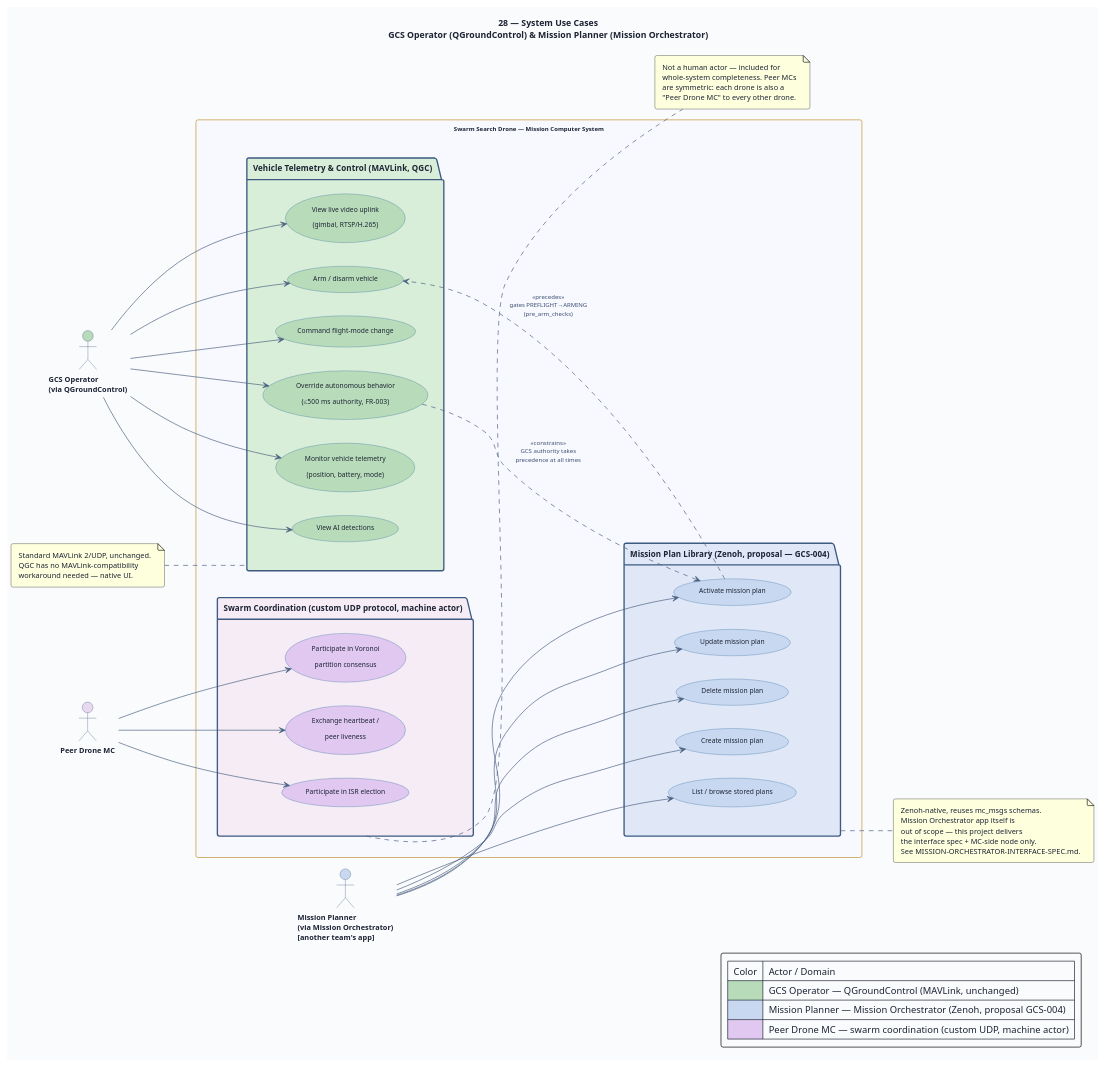
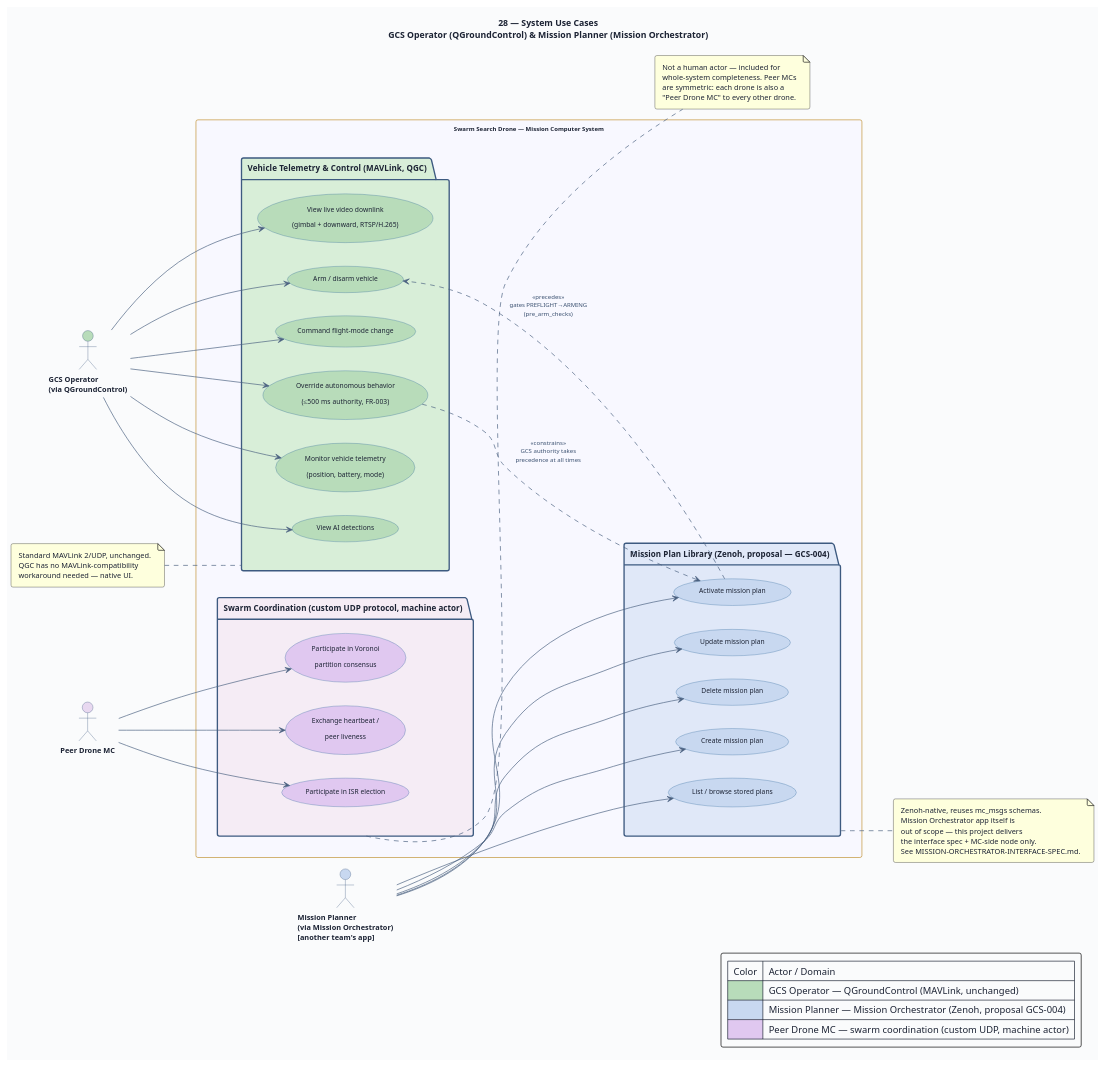
Before and after one commit to shawnsoh-stengg/shawnsoh-stengg-drone-swarm-mc-tempFork: the diagram in diagrams/28-system-use-cases.puml, drawn with PlantUML. The commit also changed 34 other files, not shown here.

```diff
--- a/diagrams/28-system-use-cases.puml
+++ b/diagrams/28-system-use-cases.puml
@@ -1,137 +1,137 @@
 @startuml 28-system-use-cases
 ' ─────────────────────────────────────────────────────────────
 ' Diagram 28: System Use Cases — Human Actors
 ' Swarm Search Drone — Mission Computer (AI MC)
 ' MC-SRS-001 · GCS-ZENOH-DESIGN-REVIEW.md · MISSION-ORCHESTRATOR-INTERFACE-SPEC.md
 ' ─────────────────────────────────────────────────────────────
 
 title "28 — System Use Cases\nGCS Operator (QGroundControl) & Mission Planner (Mission Orchestrator)"
 
 left to right direction
 
 skinparam BackgroundColor #FAFBFC
 skinparam DefaultFontColor #1C2334
 skinparam DefaultFontSize 11
 skinparam TitleFontSize 13
 skinparam TitleFontStyle bold
 skinparam ArrowColor #4A6080
 skinparam ArrowFontColor #3A5070
 skinparam ArrowFontSize 9
 skinparam RoundCorner 6
 skinparam Padding 5
 
 skinparam actor {
   BackgroundColor #E8F0FA
   BorderColor #3D5A80
   FontSize 11
   FontStyle bold
 }
 
 skinparam usecase {
   BackgroundColor #D8E8F8
   BorderColor #3A70A0
   FontSize 10
 }
 
 skinparam package {
   BackgroundColor #F4F8FF
   BorderColor #3D5A80
   BorderThickness 2
   FontSize 12
   FontStyle bold
 }
 
 skinparam rectangle {
   BackgroundColor #FFFAE8
   BorderColor #C09030
   FontSize 9
 }
 
 ' ═══════════════════════════════════════════════════
 ' ACTORS
 ' ═══════════════════════════════════════════════════
 actor "GCS Operator\n(via QGroundControl)" as OPERATOR #B8DCBA
 actor "Mission Planner\n(via Mission Orchestrator)\n[another team's app]" as PLANNER #C8D8F0
 actor "Peer Drone MC" as PEER #E8D8F0
 
 ' ═══════════════════════════════════════════════════
 ' SYSTEM BOUNDARY
 ' ═══════════════════════════════════════════════════
 rectangle "Swarm Search Drone — Mission Computer System" as SYSTEM #F8F8FF {
 
   package "Vehicle Telemetry & Control  (MAVLink, QGC)" as PKG_TELEM #D8EED8 {
     usecase "Monitor vehicle telemetry\n(position, battery, mode)" as UC_TELEM #B8DCBA
     usecase "View AI detections" as UC_DET #B8DCBA
-    usecase "View live video uplink\n(gimbal, RTSP/H.265)" as UC_VIDEO #B8DCBA
+    usecase "View live video downlink\n(gimbal + downward, RTSP/H.265)" as UC_VIDEO #B8DCBA
     usecase "Arm / disarm vehicle" as UC_ARM #B8DCBA
     usecase "Command flight-mode change" as UC_MODE #B8DCBA
     usecase "Override autonomous behavior\n(≤500 ms authority, FR-003)" as UC_OVERRIDE #B8DCBA
   }
 
   package "Mission Plan Library  (Zenoh, proposal — GCS-004)" as PKG_PLAN #E0E8F8 {
     usecase "Create mission plan" as UC_CREATE #C8D8F0
     usecase "List / browse stored plans" as UC_LIST #C8D8F0
     usecase "Update mission plan" as UC_UPDATE #C8D8F0
     usecase "Activate mission plan" as UC_ACTIVATE #C8D8F0
     usecase "Delete mission plan" as UC_DELETE #C8D8F0
   }
 
   package "Swarm Coordination  (custom UDP protocol, machine actor)" as PKG_SWARM #F5ECF5 {
     usecase "Exchange heartbeat /\npeer liveness" as UC_HB #E0C8F0
     usecase "Participate in ISR election" as UC_ISR #E0C8F0
     usecase "Participate in Voronoi\npartition consensus" as UC_VOR #E0C8F0
   }
 }
 
 ' ═══════════════════════════════════════════════════
 ' ASSOCIATIONS
 ' ═══════════════════════════════════════════════════
 OPERATOR --> UC_TELEM
 OPERATOR --> UC_DET
 OPERATOR --> UC_VIDEO
 OPERATOR --> UC_ARM
 OPERATOR --> UC_MODE
 OPERATOR --> UC_OVERRIDE
 
 PLANNER --> UC_CREATE
 PLANNER --> UC_LIST
 PLANNER --> UC_UPDATE
 PLANNER --> UC_ACTIVATE
 PLANNER --> UC_DELETE
 
 PEER --> UC_HB
 PEER --> UC_VOR
 PEER --> UC_ISR
 
 UC_ACTIVATE .down.> UC_ARM : "<<precedes>>\ngates PREFLIGHT→ARMING\n(pre_arm_checks)"
 UC_OVERRIDE .down.> UC_ACTIVATE : "<<constrains>>\nGCS authority takes\nprecedence at all times"
 
 note right of PKG_PLAN
   Zenoh-native, reuses mc_msgs schemas.
   Mission Orchestrator app itself is
   out of scope — this project delivers
   the interface spec + MC-side node only.
   See MISSION-ORCHESTRATOR-INTERFACE-SPEC.md.
 end note
 
 note right of PKG_SWARM
   Not a human actor — included for
   whole-system completeness. Peer MCs
   are symmetric: each drone is also a
   "Peer Drone MC" to every other drone.
 end note
 
 note left of PKG_TELEM
   Standard MAVLink 2/UDP, unchanged.
   QGC has no MAVLink-compatibility
   workaround needed — native UI.
 end note
 
 legend right
   | Color | Actor / Domain |
   | <#B8DCBA> | GCS Operator — QGroundControl (MAVLink, unchanged) |
   | <#C8D8F0> | Mission Planner — Mission Orchestrator (Zenoh, proposal GCS-004) |
   | <#E0C8F0> | Peer Drone MC — swarm coordination (custom UDP, machine actor) |
 endlegend
 
 @enduml
```
